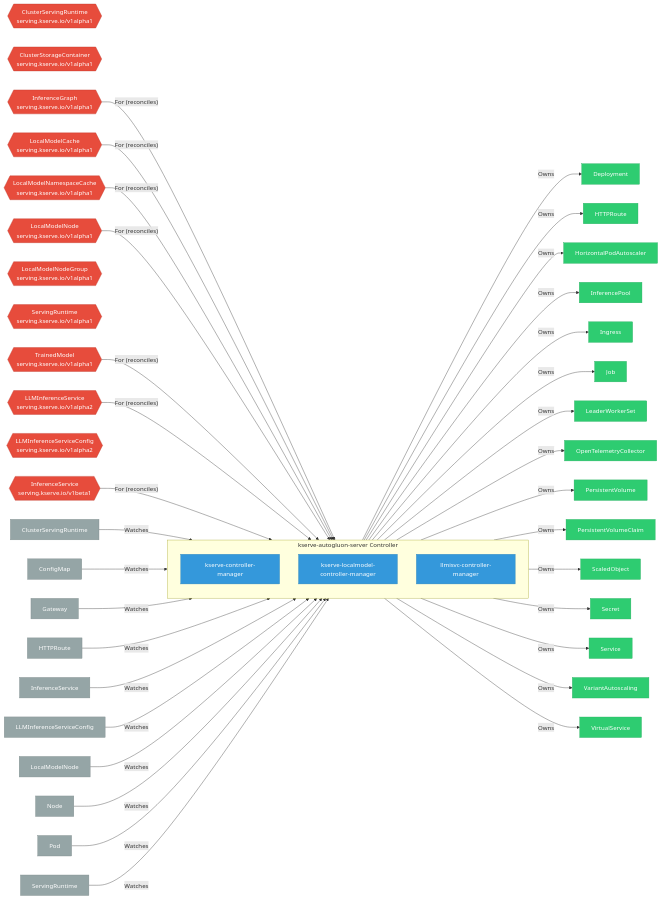
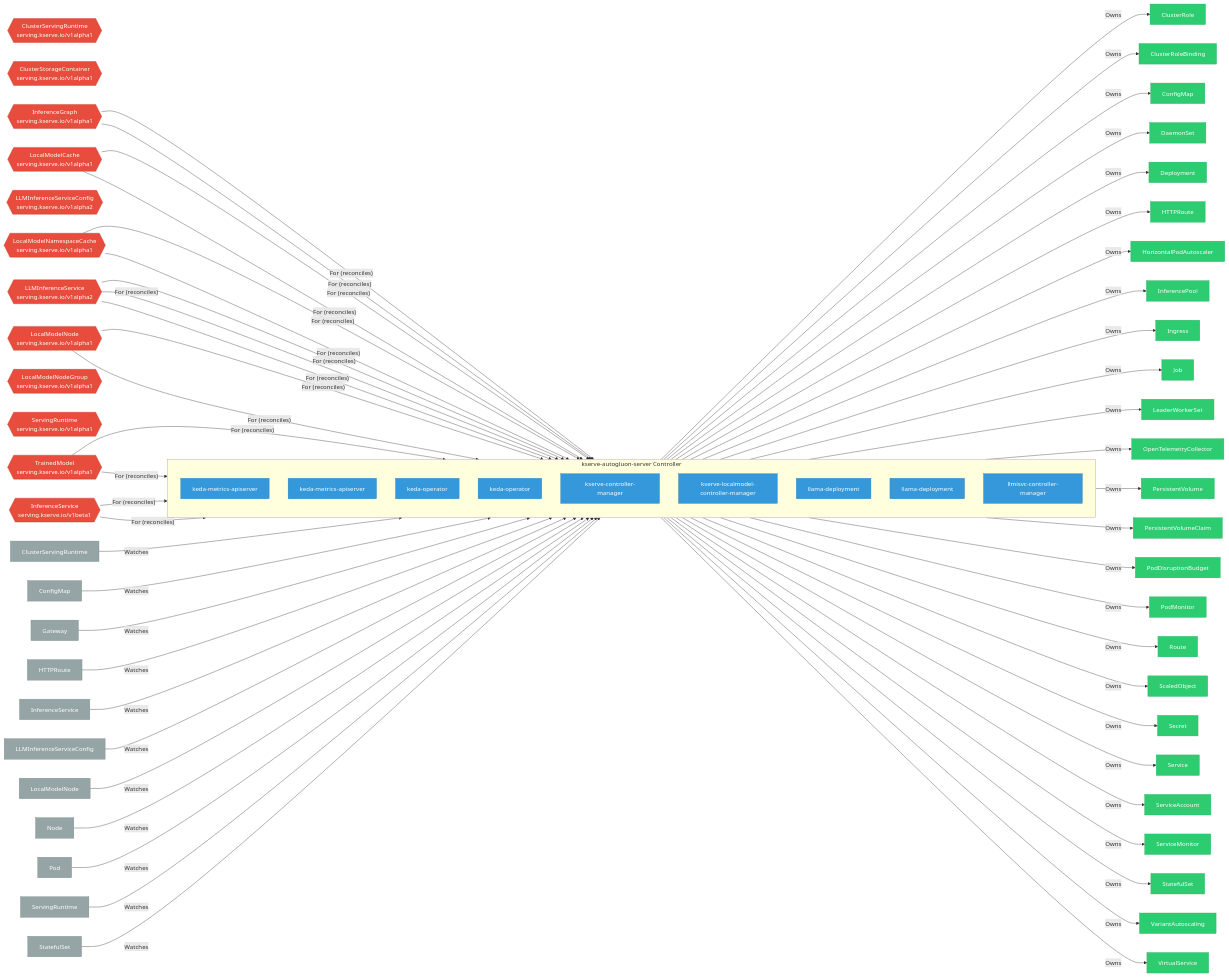
The diagram in site/docs/use-cases/odh-platform/components/kserve_autogluon_server/index.md (ugiordan/rhoai-architecture-analyzer), drawn with Mermaid before and after one commit. The commit also changed other lines of this file and 402 other files, not shown here.

````diff
--- a/site/docs/use-cases/odh-platform/components/kserve_autogluon_server/index.md
+++ b/site/docs/use-cases/odh-platform/components/kserve_autogluon_server/index.md
@@ -30,14 +33,62 @@
     classDef dep fill:#f39c12,stroke:#e67e22,color:#fff
 
     subgraph controller["kserve-autogluon-server Controller"]
-        dep_1["kserve-controller-manager"]
+        dep_1["keda-metrics-apiserver"]
         class dep_1 controller
-        dep_2["kserve-localmodel-controller-manager"]
+        dep_2["keda-metrics-apiserver"]
         class dep_2 controller
-        dep_3["llmisvc-controller-manager"]
+        dep_3["keda-operator"]
         class dep_3 controller
+        dep_4["keda-operator"]
+        class dep_4 controller
+        dep_5["kserve-controller-manager"]
+        class dep_5 controller
+        dep_6["kserve-localmodel-controller-manager"]
+        class dep_6 controller
+        dep_7["llama-deployment"]
+        class dep_7 controller
+        dep_8["llama-deployment"]
+        class dep_8 controller
+        dep_9["llmisvc-controller-manager"]
+        class dep_9 controller
     end
 
+    crd_ClusterServingRuntime{{"ClusterServingRuntime\n/v1alpha1"}}
+    class crd_ClusterServingRuntime crd
+    crd_ClusterStorageContainer{{"ClusterStorageContainer\n/v1alpha1"}}
+    class crd_ClusterStorageContainer crd
+    crd_InferenceGraph{{"InferenceGraph\n/v1alpha1"}}
+    class crd_InferenceGraph crd
+    crd_InferenceGraph -->|"For (reconciles)"| controller
+    crd_LLMInferenceService{{"LLMInferenceService\n/v1alpha1"}}
+    class crd_LLMInferenceService crd
+    crd_LLMInferenceService -->|"For (reconciles)"| controller
+    crd_LLMInferenceServiceConfig{{"LLMInferenceServiceConfig\n/v1alpha1"}}
+    class crd_LLMInferenceServiceConfig crd
+    crd_LocalModelCache{{"LocalModelCache\n/v1alpha1"}}
+    class crd_LocalModelCache crd
+    crd_LocalModelCache -->|"For (reconciles)"| controller
+    crd_LocalModelNamespaceCache{{"LocalModelNamespaceCache\n/v1alpha1"}}
+    class crd_LocalModelNamespaceCache crd
+    crd_LocalModelNamespaceCache -->|"For (reconciles)"| controller
+    crd_LocalModelNode{{"LocalModelNode\n/v1alpha1"}}
+    class crd_LocalModelNode crd
+    crd_LocalModelNode -->|"For (reconciles)"| controller
+    crd_LocalModelNodeGroup{{"LocalModelNodeGroup\n/v1alpha1"}}
+    class crd_LocalModelNodeGroup crd
+    crd_ServingRuntime{{"ServingRuntime\n/v1alpha1"}}
+    class crd_ServingRuntime crd
+    crd_TrainedModel{{"TrainedModel\n/v1alpha1"}}
+    class crd_TrainedModel crd
+    crd_TrainedModel -->|"For (reconciles)"| controller
+    crd_LLMInferenceService{{"LLMInferenceService\n/v1alpha2"}}
+    class crd_LLMInferenceService crd
+    crd_LLMInferenceService -->|"For (reconciles)"| controller
+    crd_LLMInferenceServiceConfig{{"LLMInferenceServiceConfig\n/v1alpha2"}}
+    class crd_LLMInferenceServiceConfig crd
+    crd_InferenceService{{"InferenceService\n/v1beta1"}}
+    class crd_InferenceService crd
+    crd_InferenceService -->|"For (reconciles)"| controller
     crd_ClusterServingRuntime{{"ClusterServingRuntime\nserving.kserve.io/v1alpha1"}}
     class crd_ClusterServingRuntime crd
     crd_ClusterStorageContainer{{"ClusterStorageContainer\nserving.kserve.io/v1alpha1"}}
@@ -69,54 +120,76 @@
     crd_InferenceService{{"InferenceService\nserving.kserve.io/v1beta1"}}
     class crd_InferenceService crd
     crd_InferenceService -->|"For (reconciles)"| controller
-    controller -->|"Owns"| owned_4["Deployment"]
-    class owned_4 owned
-    controller -->|"Owns"| owned_5["HTTPRoute"]
-    class owned_5 owned
-    controller -->|"Owns"| owned_6["HorizontalPodAutoscaler"]
-    class owned_6 owned
-    controller -->|"Owns"| owned_7["InferencePool"]
-    class owned_7 owned
-    controller -->|"Owns"| owned_8["Ingress"]
-    class owned_8 owned
-    controller -->|"Owns"| owned_9["Job"]
-    class owned_9 owned
-    controller -->|"Owns"| owned_10["LeaderWorkerSet"]
+    controller -->|"Owns"| owned_10["ClusterRole"]
     class owned_10 owned
-    controller -->|"Owns"| owned_11["OpenTelemetryCollector"]
+    controller -->|"Owns"| owned_11["ClusterRoleBinding"]
     class owned_11 owned
-    controller -->|"Owns"| owned_12["PersistentVolume"]
+    controller -->|"Owns"| owned_12["ConfigMap"]
     class owned_12 owned
-    controller -->|"Owns"| owned_13["PersistentVolumeClaim"]
+    controller -->|"Owns"| owned_13["DaemonSet"]
     class owned_13 owned
-    controller -->|"Owns"| owned_14["ScaledObject"]
+    controller -->|"Owns"| owned_14["Deployment"]
     class owned_14 owned
-    controller -->|"Owns"| owned_15["Secret"]
+    controller -->|"Owns"| owned_15["HTTPRoute"]
     class owned_15 owned
-    controller -->|"Owns"| owned_16["Service"]
+    controller -->|"Owns"| owned_16["HorizontalPodAutoscaler"]
     class owned_16 owned
-    controller -->|"Owns"| owned_17["VariantAutoscaling"]
+    controller -->|"Owns"| owned_17["InferencePool"]
     class owned_17 owned
-    controller -->|"Owns"| owned_18["VirtualService"]
+    controller -->|"Owns"| owned_18["Ingress"]
     class owned_18 owned
-    watch_19["ClusterServingRuntime"] -->|"Watches"| controller
-    class watch_19 external
-    watch_20["ConfigMap"] -->|"Watches"| controller
-    class watch_20 external
-    watch_21["Gateway"] -->|"Watches"| controller
-    class watch_21 external
-    watch_22["HTTPRoute"] -->|"Watches"| controller
-    class watch_22 external
-    watch_23["InferenceService"] -->|"Watches"| controller
-    class watch_23 external
-    watch_24["LLMInferenceServiceConfig"] -->|"Watches"| controller
-    class watch_24 external
-    watch_25["LocalModelNode"] -->|"Watches"| controller
-    class watch_25 external
-    watch_26["Node"] -->|"Watches"| controller
-    class watch_26 external
-    watch_27["Pod"] -->|"Watches"| controller
-    class watch_27 external
-    watch_28["ServingRuntime"] -->|"Watches"| controller
-    class watch_28 external
+    controller -->|"Owns"| owned_19["Job"]
+    class owned_19 owned
+    controller -->|"Owns"| owned_20["LeaderWorkerSet"]
+    class owned_20 owned
+    controller -->|"Owns"| owned_21["OpenTelemetryCollector"]
+    class owned_21 owned
+    controller -->|"Owns"| owned_22["PersistentVolume"]
+    class owned_22 owned
+    controller -->|"Owns"| owned_23["PersistentVolumeClaim"]
+    class owned_23 owned
+    controller -->|"Owns"| owned_24["PodDisruptionBudget"]
+    class owned_24 owned
+    controller -->|"Owns"| owned_25["PodMonitor"]
+    class owned_25 owned
+    controller -->|"Owns"| owned_26["Route"]
+    class owned_26 owned
+    controller -->|"Owns"| owned_27["ScaledObject"]
+    class owned_27 owned
+    controller -->|"Owns"| owned_28["Secret"]
+    class owned_28 owned
+    controller -->|"Owns"| owned_29["Service"]
+    class owned_29 owned
+    controller -->|"Owns"| owned_30["ServiceAccount"]
+    class owned_30 owned
+    controller -->|"Owns"| owned_31["ServiceMonitor"]
+    class owned_31 owned
+    controller -->|"Owns"| owned_32["StatefulSet"]
+    class owned_32 owned
+    controller -->|"Owns"| owned_33["VariantAutoscaling"]
+    class owned_33 owned
+    controller -->|"Owns"| owned_34["VirtualService"]
+    class owned_34 owned
+    watch_35["ClusterServingRuntime"] -->|"Watches"| controller
+    class watch_35 external
+    watch_36["ConfigMap"] -->|"Watches"| controller
+    class watch_36 external
+    watch_37["Gateway"] -->|"Watches"| controller
+    class watch_37 external
+    watch_38["HTTPRoute"] -->|"Watches"| controller
+    class watch_38 external
+    watch_39["InferenceService"] -->|"Watches"| controller
+    class watch_39 external
+    watch_40["LLMInferenceServiceConfig"] -->|"Watches"| controller
+    class watch_40 external
+    watch_41["LocalModelNode"] -->|"Watches"| controller
+    class watch_41 external
+    watch_42["Node"] -->|"Watches"| controller
+    class watch_42 external
+    watch_43["Pod"] -->|"Watches"| controller
+    class watch_43 external
+    watch_44["ServingRuntime"] -->|"Watches"| controller
+    class watch_44 external
+    watch_45["StatefulSet"] -->|"Watches"| controller
+    class watch_45 external
 ```
````
